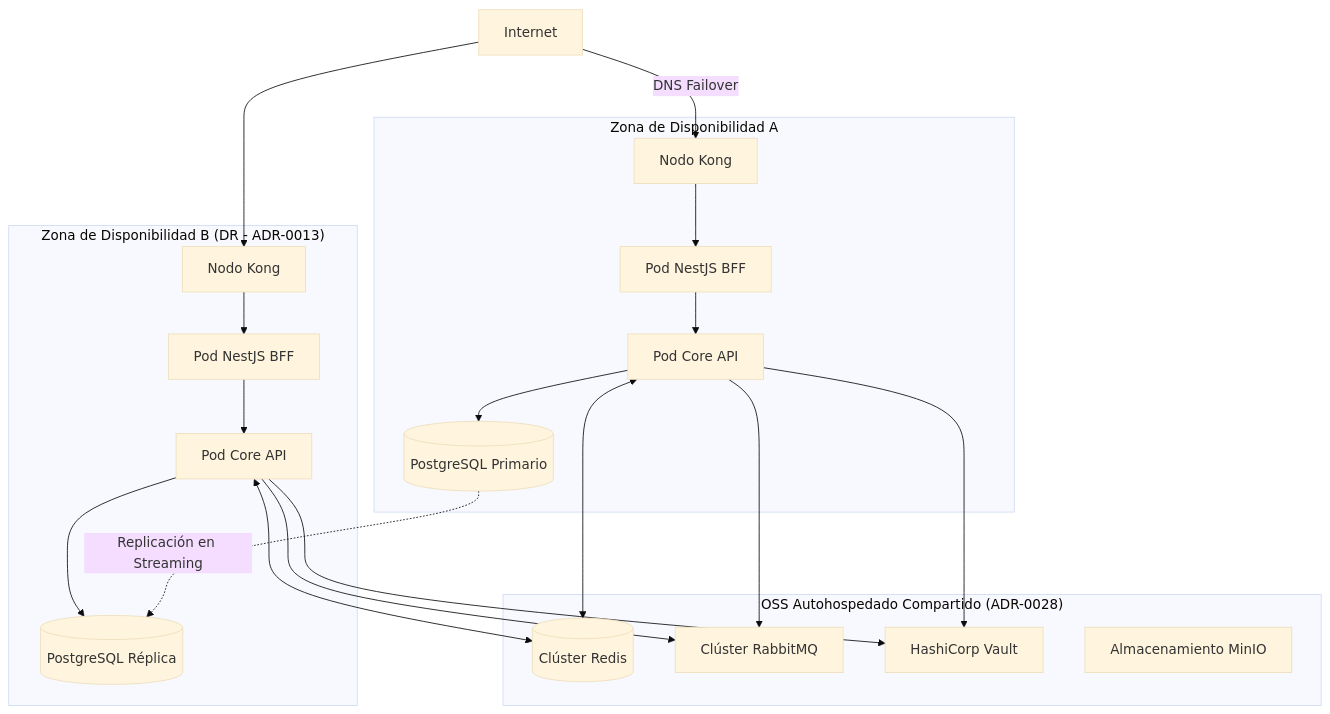
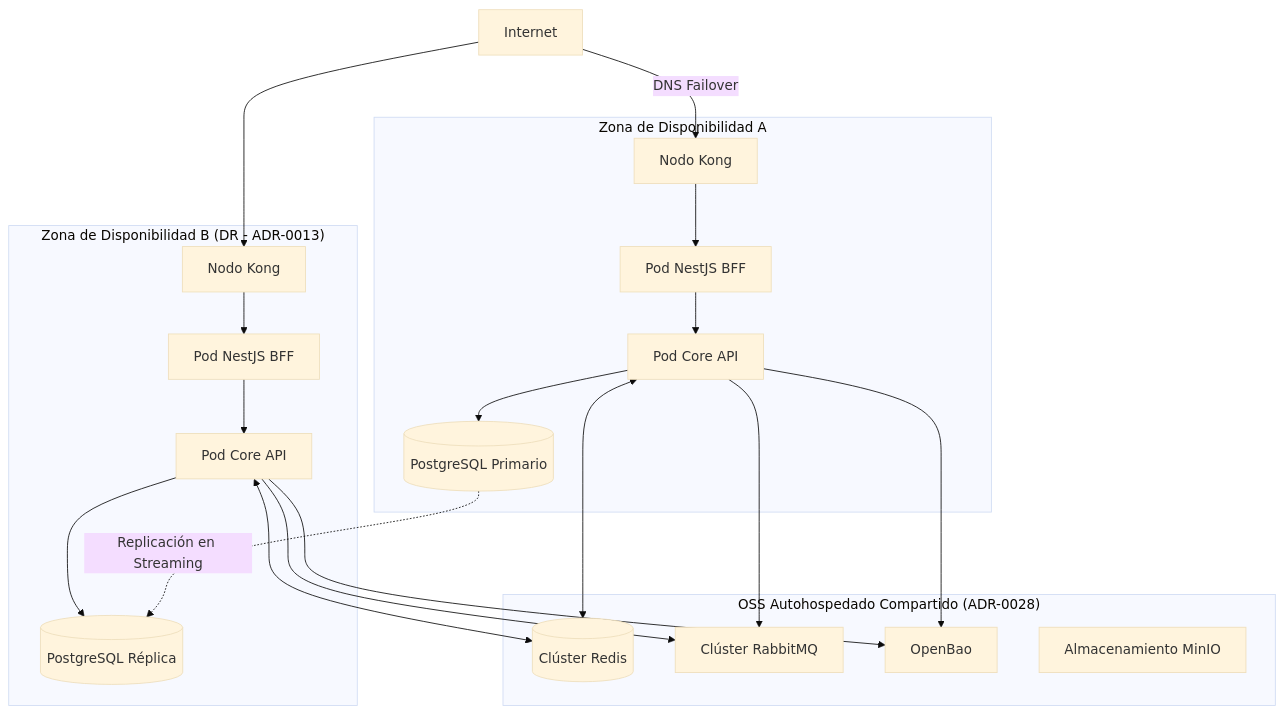
The seventh of 7 diagrams in reference/architecture/blueprints/reference-blueprint.es.md (beyondnetcode/evolith_arch32), drawn with Mermaid (base theme) before and after one commit. The commit also changed other lines of this file and 31 other files, not shown here.

First line of the commit message:
chore(infra): migrate HashiCorp Vault to OpenBao (GT-112)

````diff
--- a/reference/architecture/blueprints/reference-blueprint.es.md
+++ b/reference/architecture/blueprints/reference-blueprint.es.md
@@ -411,35 +411,35 @@
 ```mermaid
 graph TD
  subgraph CloudZoneA["Zona de Disponibilidad A"]
  KongA["Nodo Kong"]
  BFFA["Pod NestJS BFF"]
  APIA["Pod Core API"]
  PgPrimary[("PostgreSQL Primario")]
  end
 
  subgraph CloudZoneB["Zona de Disponibilidad B (DR - ADR-0013)"]
  KongB["Nodo Kong"]
  BFFB["Pod NestJS BFF"]
  APIB["Pod Core API"]
  PgReplica[("PostgreSQL Réplica")]
  end
 
  subgraph SharedInfra["OSS Autohospedado Compartido (ADR-0028)"]
  Redis[("Clúster Redis")]
  RabbitMQ["Clúster RabbitMQ"]
- Vault["HashiCorp Vault"]
+ OpenBao["OpenBao"]
  MinIO["Almacenamiento MinIO"]
  end
 
  Internet --> |DNS Failover| KongA
  Internet --> KongB
  KongA --> BFFA --> APIA --> PgPrimary
  KongB --> BFFB --> APIB --> PgReplica
  PgPrimary -.->|Replicación en Streaming| PgReplica
  APIA <--> Redis
  APIB <--> Redis
  APIA --> RabbitMQ
  APIB --> RabbitMQ
- APIA --> Vault
- APIB --> Vault
+APIA --> OpenBao
+APIB --> OpenBao
 ```
````
